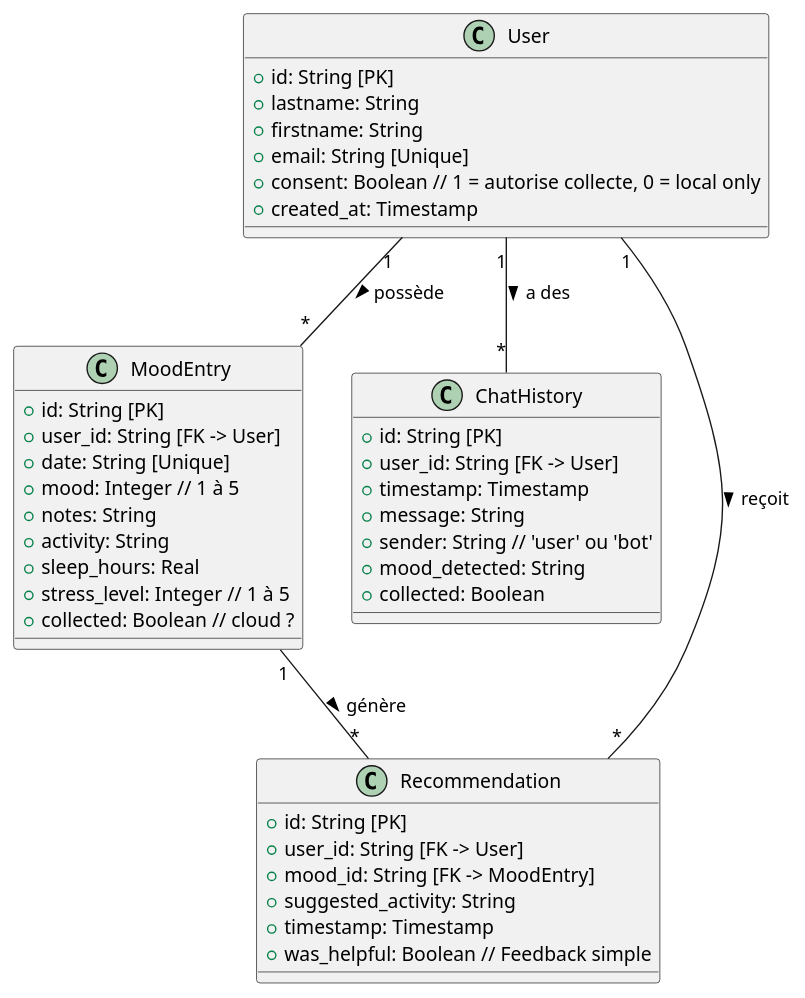
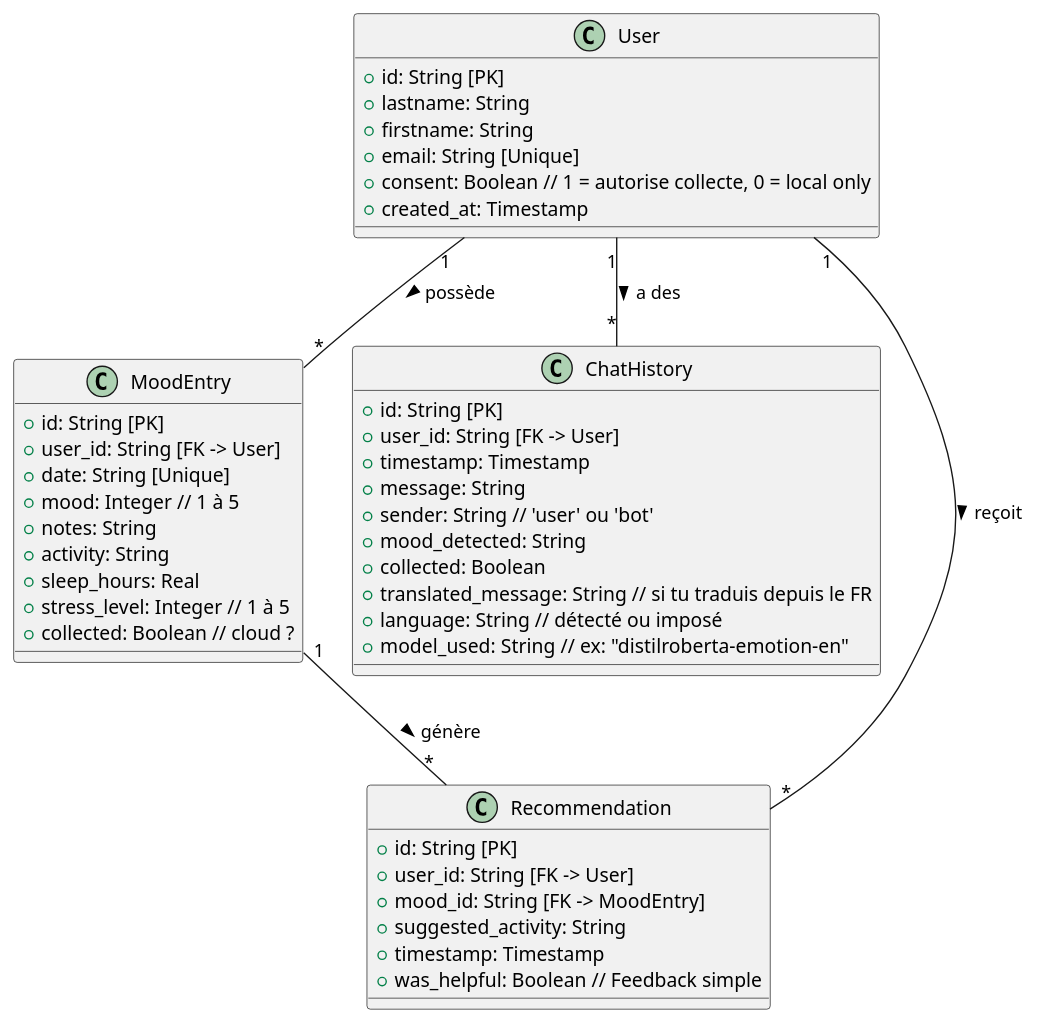
The diagram in assets/diagramme_classes.puml (Alwil17/auralys-api), drawn with PlantUML before and after one commit.

Commit message:
feat: update ChatHistory class to include fields for translated message, language, and model used

```diff
--- a/assets/diagramme_classes.puml
+++ b/assets/diagramme_classes.puml
@@ -1,48 +1,51 @@
 @startuml
 
 class User {
     +id: String [PK]
     +lastname: String
 	+firstname: String
     +email: String [Unique]
     +consent: Boolean // 1 = autorise collecte, 0 = local only
     +created_at: Timestamp
 }
 
 class MoodEntry {
     +id: String [PK]
     +user_id: String [FK -> User]
     +date: String [Unique]
     +mood: Integer // 1 à 5
     +notes: String
     +activity: String
     +sleep_hours: Real
     +stress_level: Integer // 1 à 5
     +collected: Boolean // cloud ?
 }
 
 class ChatHistory {
     +id: String [PK]
     +user_id: String [FK -> User]
     +timestamp: Timestamp
     +message: String
     +sender: String // 'user' ou 'bot'
     +mood_detected: String
     +collected: Boolean
+    +translated_message: String // si tu traduis depuis le FR
+    +language: String // détecté ou imposé
+    +model_used: String // ex: "distilroberta-emotion-en"
 }
 
 class Recommendation {
     +id: String [PK]
     +user_id: String [FK -> User]
     +mood_id: String [FK -> MoodEntry]
     +suggested_activity: String
     +timestamp: Timestamp
     +was_helpful: Boolean // Feedback simple
 }
 
 User "1" -- "*" MoodEntry : possède >
 User "1" -- "*" ChatHistory : a des >
 User "1" -- "*" Recommendation : reçoit >
 MoodEntry "1" -- "*" Recommendation : génère >
 
 @enduml
```
